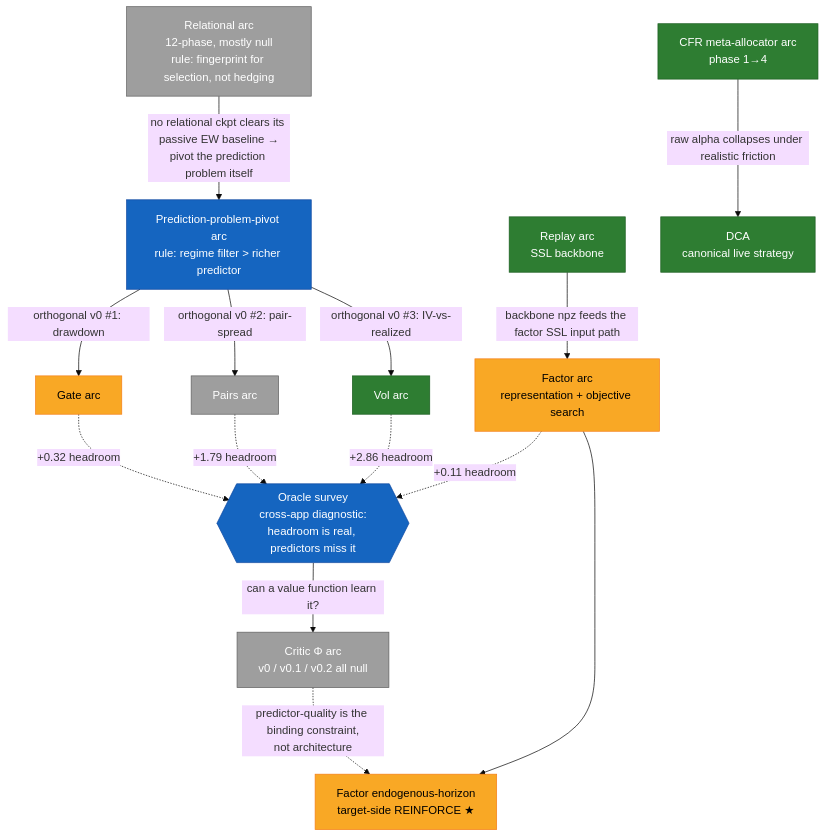
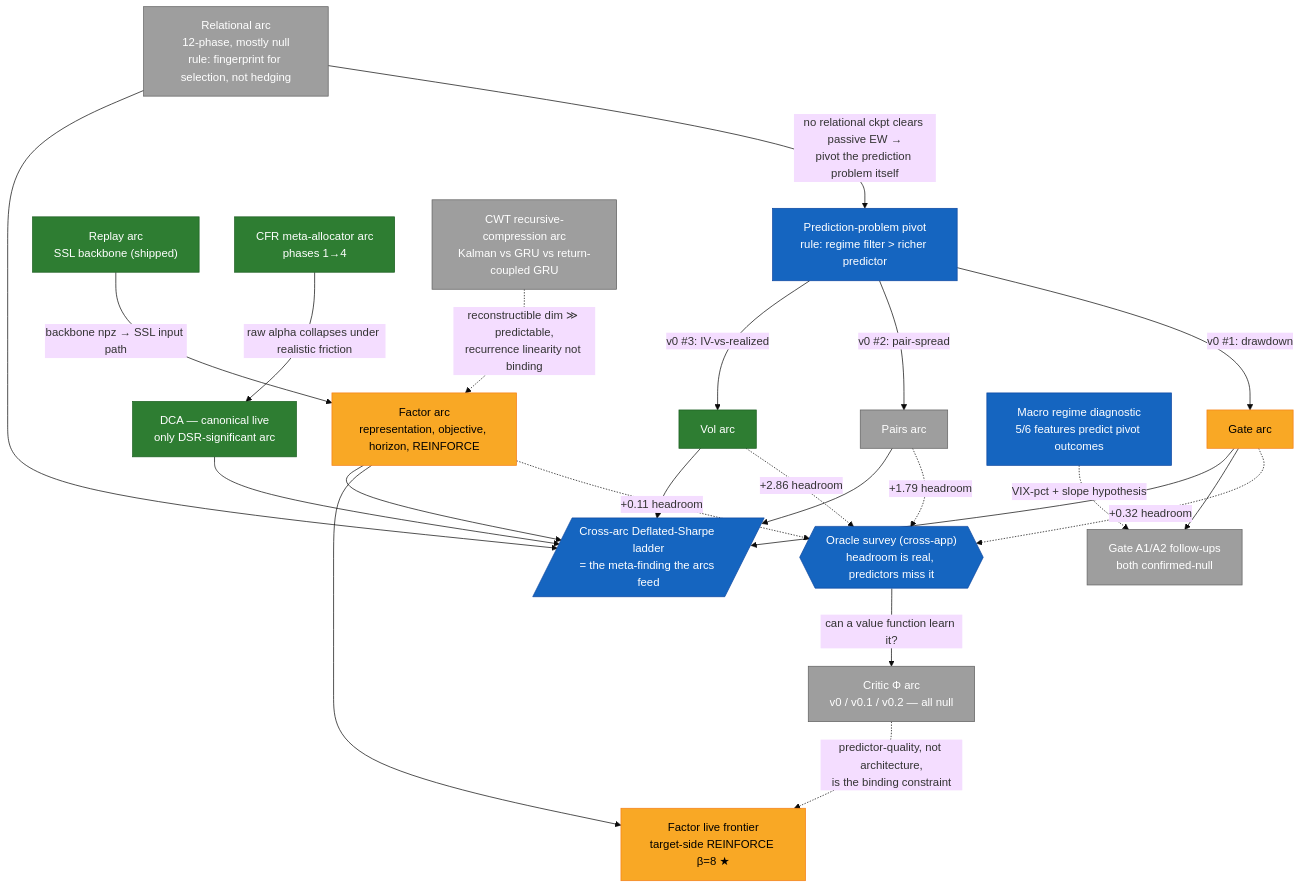
Before and after one commit to sughodke/StockSurvey: the fourth of 12 diagrams in apps/docs/docs/map.md, drawn with Mermaid (base theme). The commit also changed other lines of this file and 52 other files, not shown here.

````diff
--- a/apps/docs/docs/map.md
+++ b/apps/docs/docs/map.md
@@ -48,35 +171,50 @@
 ```mermaid
 flowchart TD
     rel["Relational arc<br/>12-phase, mostly null<br/>rule: fingerprint for selection, not hedging"]:::cnull
-    ppp["Prediction-problem-pivot arc<br/>rule: regime filter &gt; richer predictor"]:::diag
-    rel -->|"no relational ckpt clears its passive EW baseline →<br/>pivot the prediction problem itself"| ppp
+    ppp["Prediction-problem pivot<br/>rule: regime filter &gt; richer predictor"]:::diag
+    rel -->|"no relational ckpt clears passive EW →<br/>pivot the prediction problem itself"| ppp
 
-    ppp -->|"orthogonal v0 #1: drawdown"| gate["Gate arc"]:::pOOS
-    ppp -->|"orthogonal v0 #2: pair-spread"| pairs["Pairs arc"]:::cnull
-    ppp -->|"orthogonal v0 #3: IV-vs-realized"| vol["Vol arc"]:::cOOS
+    ppp -->|"v0 #1: drawdown"| gate["Gate arc"]:::pOOS
+    ppp -->|"v0 #2: pair-spread"| pairs["Pairs arc"]:::cnull
+    ppp -->|"v0 #3: IV-vs-realized"| vol["Vol arc"]:::cOOS
 
-    factor["Factor arc<br/>representation + objective search"]:::pOOS
-    replay["Replay arc<br/>SSL backbone"]:::cOOS
-    replay -->|"backbone npz feeds the factor SSL input path"| factor
+    factor["Factor arc<br/>representation, objective, horizon, REINFORCE"]:::pOOS
+    replay["Replay arc<br/>SSL backbone (shipped)"]:::cOOS
+    replay -->|"backbone npz → SSL input path"| factor
 
-    orc{{"Oracle survey<br/>cross-app diagnostic:<br/>headroom is real, predictors miss it"}}:::diag
+    orc{{"Oracle survey (cross-app)<br/>headroom is real, predictors miss it"}}:::diag
     factor -.->|"+0.11 headroom"| orc
     vol -.->|"+2.86 headroom"| orc
     gate -.->|"+0.32 headroom"| orc
     pairs -.->|"+1.79 headroom"| orc
 
-    orc -->|"can a value function learn it?"| critic["Critic Φ arc<br/>v0 / v0.1 / v0.2 all null"]:::cnull
-    critic -.->|"predictor-quality is the binding constraint,<br/>not architecture"| frei["Factor endogenous-horizon<br/>target-side REINFORCE ★"]:::pOOS
-    factor --> frei
+    orc -->|"can a value function learn it?"| critic["Critic Φ arc<br/>v0 / v0.1 / v0.2 — all null"]:::cnull
+    critic -.->|"predictor-quality, not architecture,<br/>is the binding constraint"| facfront["Factor live frontier<br/>target-side REINFORCE β=8 ★"]:::pOOS
+    factor --> facfront
 
-    cfr["CFR meta-allocator arc<br/>phase 1→4"]:::cOOS
-    cfr -->|"raw alpha collapses under realistic friction"| dca["DCA<br/>canonical live strategy"]:::cOOS
+    cfr["CFR meta-allocator arc<br/>phases 1→4"]:::cOOS
+    cfr -->|"raw alpha collapses under realistic friction"| dca["DCA — canonical live<br/>only DSR-significant arc"]:::cOOS
+
+    cwt["CWT recursive-compression arc<br/>Kalman vs GRU vs return-coupled GRU"]:::cnull
+    cwt -.->|"reconstructible dim ≫ predictable,<br/>recurrence linearity not binding"| factor
+
+    macro["Macro regime diagnostic<br/>5/6 features predict pivot outcomes"]:::diag
+    macro -.->|"VIX-pct + slope hypothesis"| gateA2["Gate A1/A2 follow-ups<br/>both confirmed-null"]:::cnull
+    gate --> gateA2
+
+    dsr[/"Cross-arc Deflated-Sharpe ladder<br/>= the meta-finding the arcs feed"/]:::diag
+    dca --> dsr
+    vol --> dsr
+    factor --> dsr
+    gate --> dsr
+    pairs --> dsr
+    rel --> dsr
 
     classDef cOOS fill:#2e7d32,stroke:#1b5e20,color:#fff
     classDef pOOS fill:#f9a825,stroke:#f57f17,color:#000
     classDef rOOS fill:#c62828,stroke:#b71c1c,color:#fff
     classDef cnull fill:#9e9e9e,stroke:#616161,color:#fff
     classDef diag fill:#1565c0,stroke:#0d47a1,color:#fff
     classDef pend fill:#eceff1,stroke:#90a4ae,color:#37474f,stroke-dasharray:4 3
     classDef base fill:#fff,stroke:#90a4ae,color:#37474f
 ```
````
